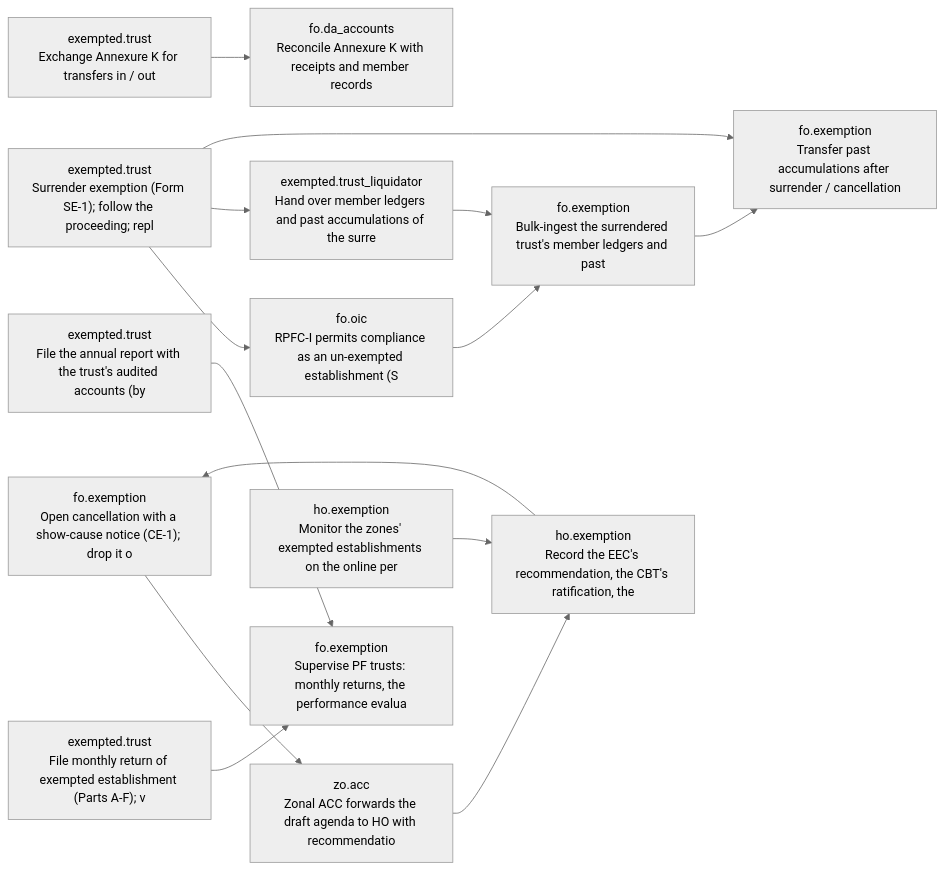
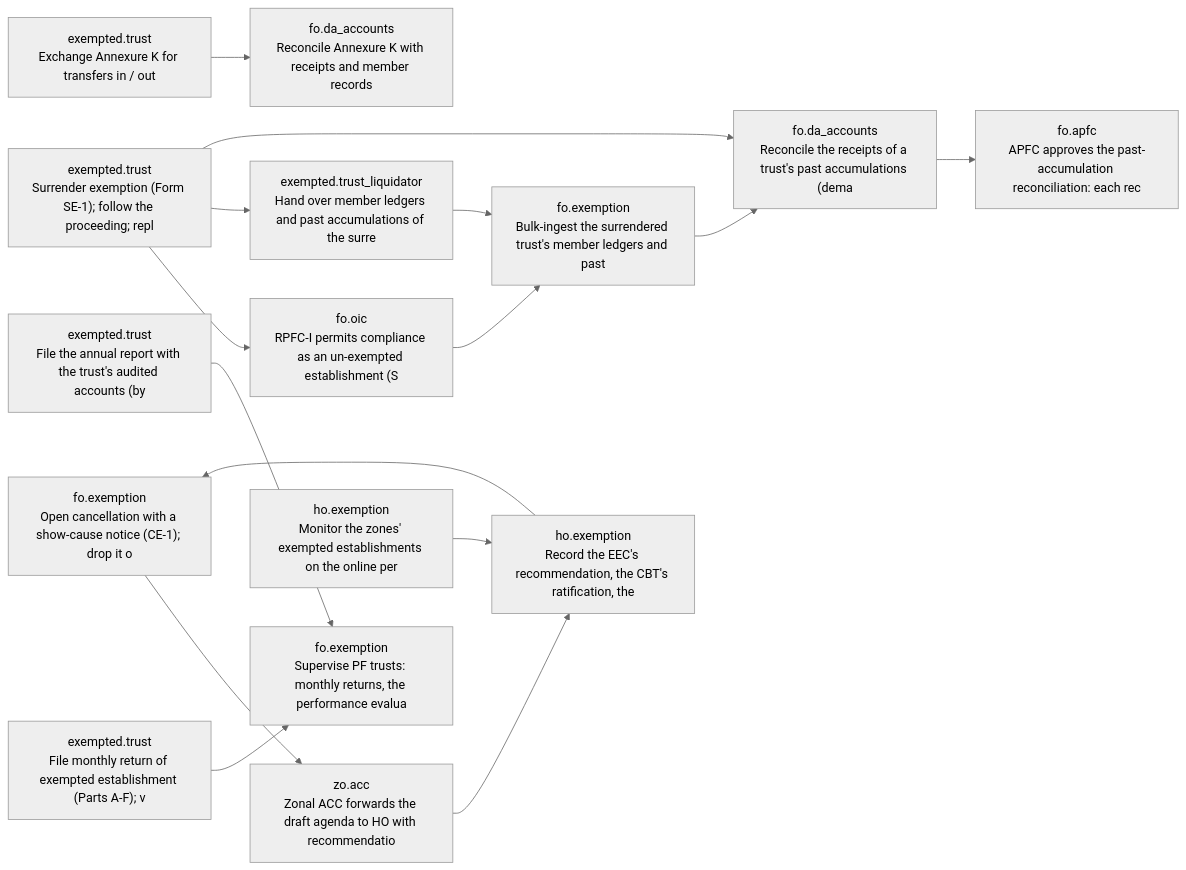
One commit to gauravmeena0708/pf-life changed the ninth of 14 diagrams in docs/stakeholder-api-sets.md. Above: the diagram before and after it, drawn with Mermaid (neutral theme). The commit also changed other lines of this file and 27 other files, not shown here.

First line of the commit message:
P2.14 completed: past accumulations reconciled (PAST ACCUM VDR RECO); bulk transfer is the ingestion; ceiling test after 25,000

````diff
--- a/docs/stakeholder-api-sets.md
+++ b/docs/stakeholder-api-sets.md
@@ -1950,30 +1951,32 @@
 ```mermaid
 flowchart LR
   F09_returns["exempted.trust<br/>File monthly return of exempted establishment (Parts A-F); v"]
   F09_annexure_k["exempted.trust<br/>Exchange Annexure K for transfers in / out"]
   F09_annexure_k_reconcile["fo.da_accounts<br/>Reconcile Annexure K with receipts and member records"]
   F09_audit["exempted.trust<br/>File the annual report with the trust's audited accounts (by"]
   F09_surrender["exempted.trust<br/>Surrender exemption (Form SE-1); follow the proceeding; repl"]
   F09_cancel["fo.exemption<br/>Open cancellation with a show-cause notice (CE-1); drop it o"]
   F09_permit["fo.oic<br/>RPFC-I permits compliance as an un-exempted establishment (S"]
   F09_zo_forward["zo.acc<br/>Zonal ACC forwards the draft agenda to HO with recommendatio"]
   F09_trust_handover["exempted.trust_liquidator<br/>Hand over member ledgers and past accumulations of the surre"]
   F09_ingest["fo.exemption<br/>Bulk-ingest the surrendered trust's member ledgers and past "]
-  F09_past_accum["fo.exemption<br/>Transfer past accumulations after surrender / cancellation"]
+  F09_past_accum["fo.da_accounts<br/>Reconcile the receipts of a trust's past accumulations (dema"]
+  F09_past_accum_approve["fo.apfc<br/>APFC approves the past-accumulation reconciliation: each rec"]
   F09_supervise["fo.exemption<br/>Supervise PF trusts: monthly returns, the performance evalua"]
   F09_ho["ho.exemption<br/>Record the EEC's recommendation, the CBT's ratification, the"]
   F09_ho_monitor["ho.exemption<br/>Monitor the zones' exempted establishments on the online per"]
   F09_returns --> F09_supervise
   F09_annexure_k --> F09_annexure_k_reconcile
   F09_audit --> F09_supervise
   F09_surrender --> F09_permit
   F09_surrender --> F09_trust_handover
   F09_surrender --> F09_past_accum
   F09_cancel --> F09_zo_forward
   F09_permit --> F09_ingest
   F09_zo_forward --> F09_ho
   F09_trust_handover --> F09_ingest
   F09_ingest --> F09_past_accum
+  F09_past_accum --> F09_past_accum_approve
   F09_ho --> F09_cancel
   F09_ho_monitor --> F09_ho
 ```
````
